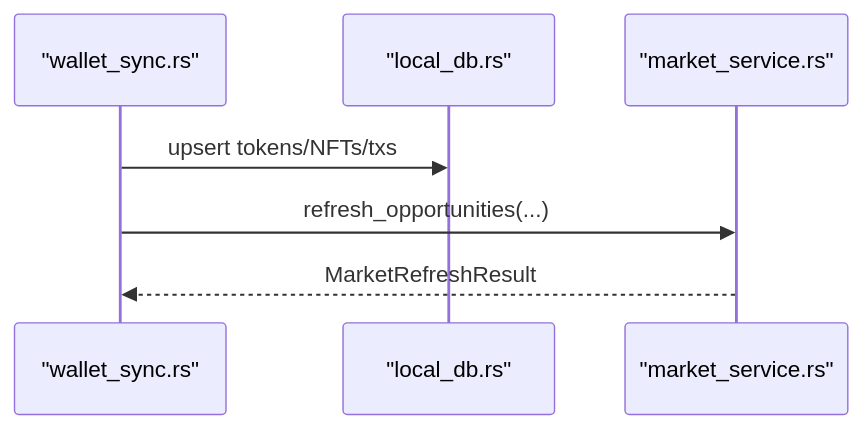
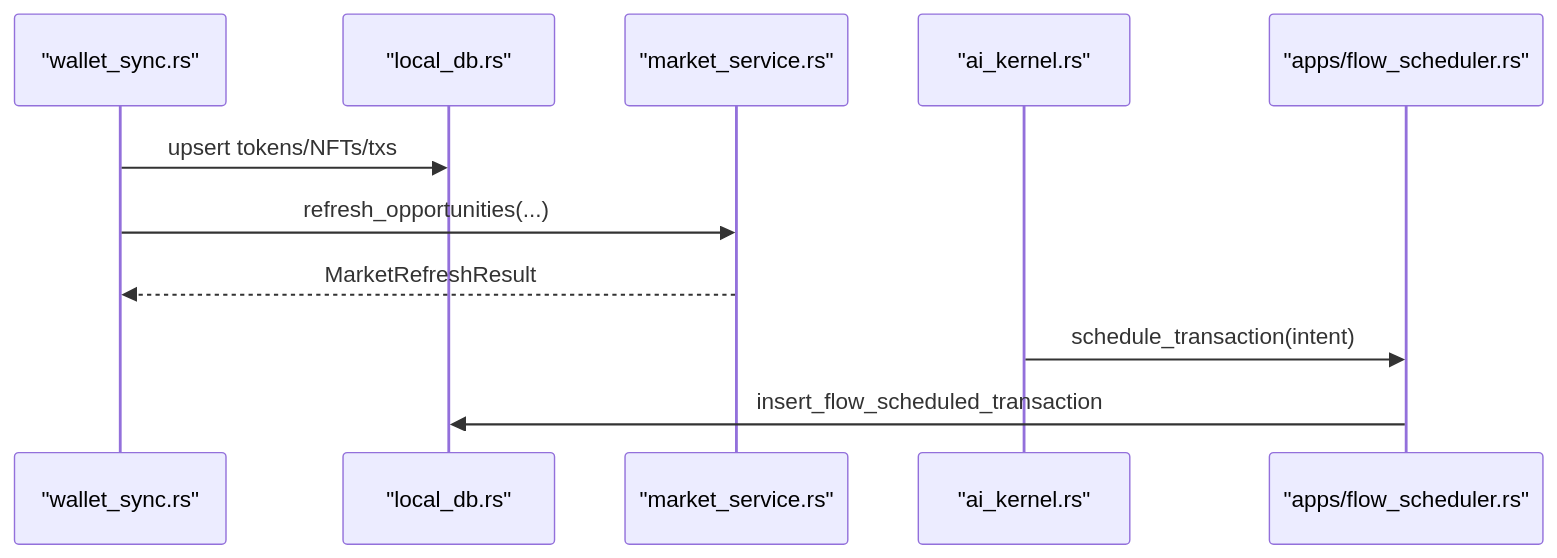
One commit to sanketnighot/shadow-protocol changed the fifth of 12 diagrams in .qoder/repowiki/en/content/Backend Services Architecture/Service Layer Overview.md. Above: the diagram before and after it, drawn with Mermaid. The commit also changed other lines of this file and 9 other files, not shown here.

First line of the commit message:
feat: Enhance SHADOW Protocol with new Flow and AI services integration

````diff
--- a/.qoder/repowiki/en/content/Backend Services Architecture/Service Layer Overview.md
+++ b/.qoder/repowiki/en/content/Backend Services Architecture/Service Layer Overview.md
@@ -179,9 +274,13 @@
 ```mermaid
 sequenceDiagram
 participant WS as "wallet_sync.rs"
 participant DB as "local_db.rs"
 participant MS as "market_service.rs"
+participant AIK as "ai_kernel.rs"
+participant FS as "apps/flow_scheduler.rs"
 WS->>DB : upsert tokens/NFTs/txs
 WS->>MS : refresh_opportunities(...)
 MS-->>WS : MarketRefreshResult
+AIK->>FS : schedule_transaction(intent)
+FS->>DB : insert_flow_scheduled_transaction
 ```
````
